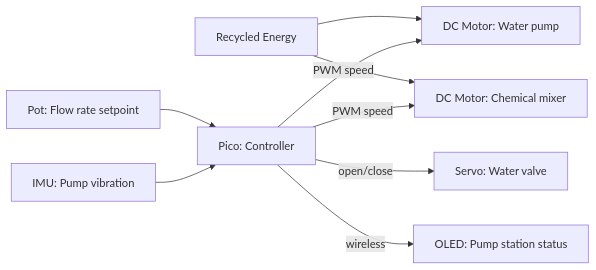
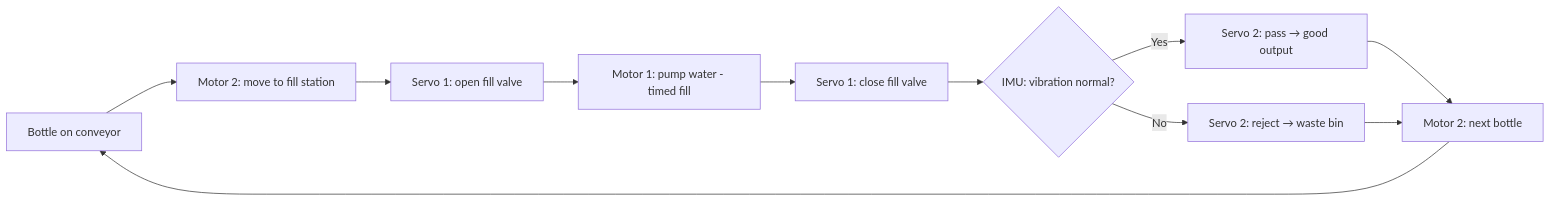
One commit to doyun-gu/hack-a-bot-2026 changed the seventh of 18 diagrams in docs/gridbox-proposal.md. Above: the diagram before and after it, drawn with Mermaid. The commit also changed other lines of this file, not shown here.

First line of the commit message:
Add Smart Water Bottling Plant scenario with full production cycle

````diff
--- a/docs/gridbox-proposal.md
+++ b/docs/gridbox-proposal.md
@@ -179,11 +206,13 @@
 ```mermaid
-graph LR
-    ENERGY2[Recycled Energy] --> PUMP[DC Motor: Water pump]
-    ENERGY2 --> MIXER[DC Motor: Chemical mixer]
-    POT2[Pot: Flow rate setpoint] --> PICO2[Pico: Controller]
-    IMU2[IMU: Pump vibration] --> PICO2
-    PICO2 -->|PWM speed| PUMP
-    PICO2 -->|PWM speed| MIXER
-    PICO2 -->|open/close| VALVE[Servo: Water valve]
-    PICO2 -->|wireless| DASH2[OLED: Pump station status]
+flowchart LR
+    START[Bottle on conveyor] --> MOVE[Motor 2: move to fill station]
+    MOVE --> OPEN[Servo 1: open fill valve]
+    OPEN --> FILL[Motor 1: pump water - timed fill]
+    FILL --> CLOSE[Servo 1: close fill valve]
+    CLOSE --> CHECK{IMU: vibration normal?}
+    CHECK -->|Yes| PASS[Servo 2: pass → good output]
+    CHECK -->|No| FAIL[Servo 2: reject → waste bin]
+    PASS --> NEXT[Motor 2: next bottle]
+    FAIL --> NEXT
+    NEXT --> START
 ```
````
